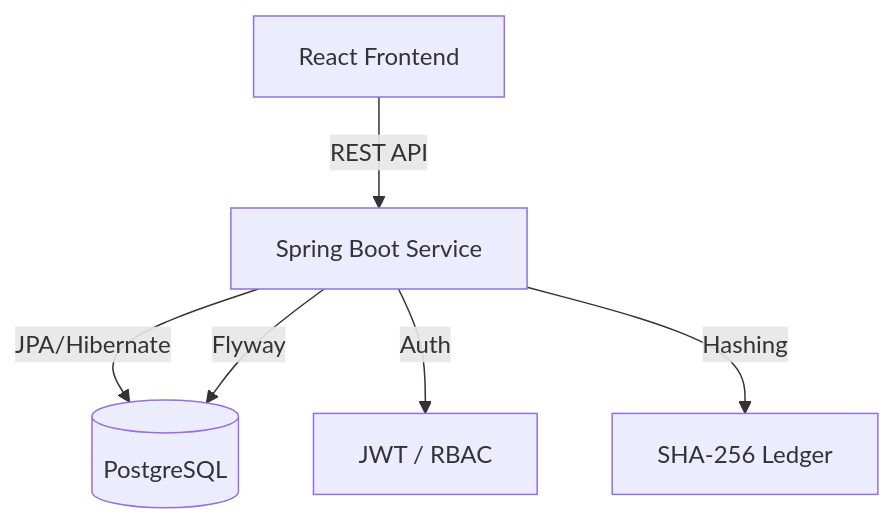
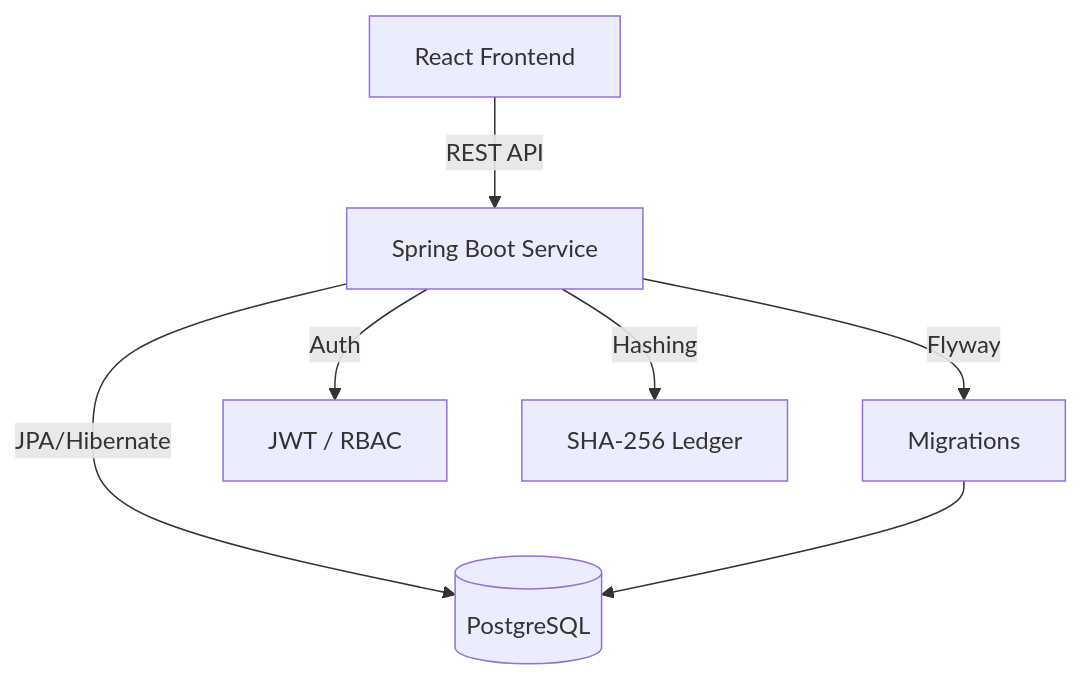
The diagram in README.md (redkiros81294/se4801-group-SY), drawn with Mermaid before and after one commit. The commit also changed other lines of this file and 4 other files, not shown here.

````diff
--- a/README.md
+++ b/README.md
@@ -66,8 +120,9 @@
 ```mermaid
 graph TD
     A[React Frontend] -->|REST API| B[Spring Boot Service]
     B -->|JPA/Hibernate| C[(PostgreSQL)]
-    B -->|Flyway| C
-    B -->|Auth| D[JWT / RBAC]
-    B -->|Hashing| E[SHA-256 Ledger]
+    B -->|Flyway| D[Migrations]
+    D --> C
+    B -->|Auth| E[JWT / RBAC]
+    B -->|Hashing| F[SHA-256 Ledger]
 ```
````
